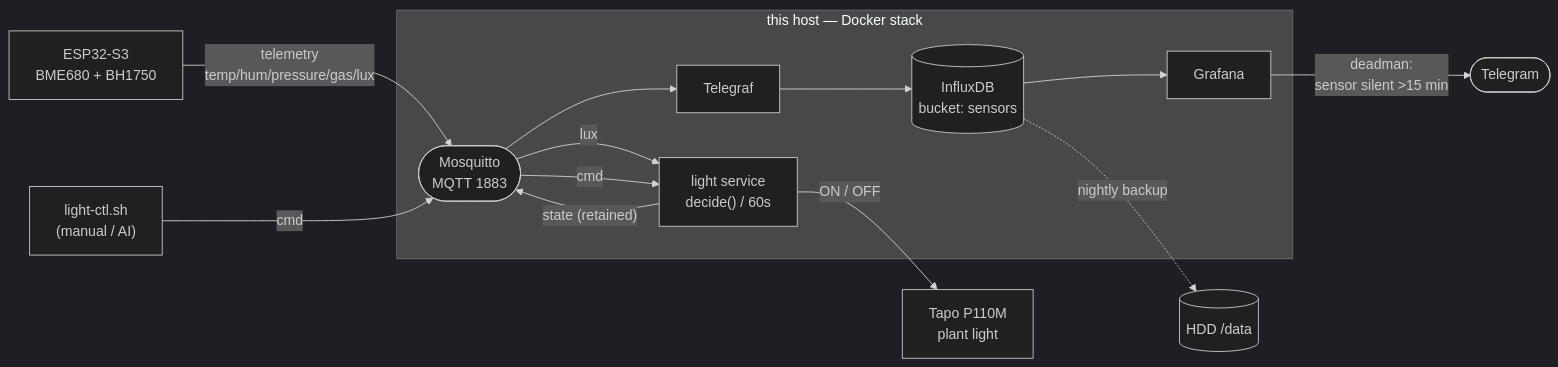
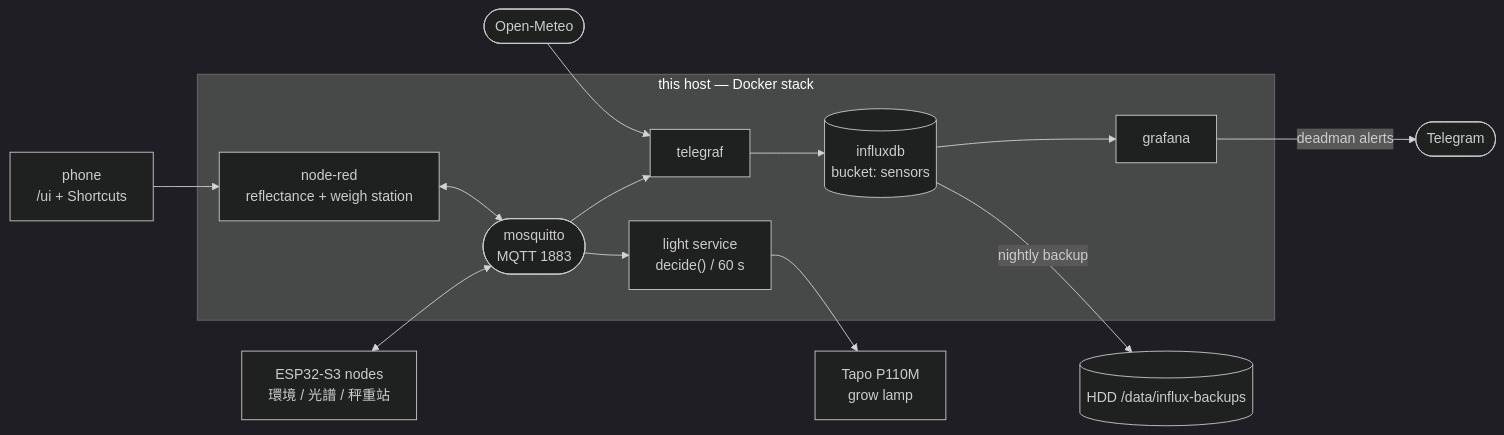
The diagram in broker/README.md (jiarung/growstack), drawn with Mermaid (dark theme) before and after one commit. The commit also changed other lines of this file and 5 other files, not shown here.

````diff
--- a/broker/README.md
+++ b/broker/README.md
@@ -5,27 +9,29 @@
 ```mermaid
 flowchart LR
-    esp["ESP32-S3<br/>BME680 + BH1750"]
+    devices["ESP32-S3 nodes<br/>環境 / 光譜 / 秤重站"]
+    phone["phone<br/>/ui + Shortcuts"]
 
     subgraph server["this host — Docker stack"]
-        mqtt(["Mosquitto<br/>MQTT 1883"])
-        tgf["Telegraf"]
-        influx[("InfluxDB<br/>bucket: sensors")]
-        graf["Grafana"]
-        light["light service<br/>decide() / 60s"]
+        mqtt(["mosquitto<br/>MQTT 1883"])
+        nr["node-red<br/>reflectance + weigh station"]
+        tgf["telegraf"]
+        influx[("influxdb<br/>bucket: sensors")]
+        graf["grafana"]
+        light["light service<br/>decide() / 60 s"]
     end
 
-    plug["Tapo P110M<br/>plant light"]
+    meteo(["Open-Meteo"])
+    plug["Tapo P110M<br/>grow lamp"]
     teleg(["Telegram"])
-    hdd[("HDD /data")]
-    ctl["light-ctl.sh<br/>(manual / AI)"]
+    hdd[("HDD /data/influx-backups")]
 
-    esp -- "telemetry<br/>temp/hum/pressure/gas/lux" --> mqtt
-    mqtt --> tgf --> influx --> graf
-    influx -. "nightly backup" .-> hdd
-    mqtt -- "lux" --> light
-    ctl -- "cmd" --> mqtt
-    mqtt -- "cmd" --> light
-    light -- "ON / OFF" --> plug
-    light -- "state (retained)" --> mqtt
-    graf -- "deadman:<br/>sensor silent >15 min" --> teleg
+    devices <--> mqtt
+    phone --> nr
+    nr <--> mqtt
+    mqtt --> tgf
+    meteo --> tgf
+    tgf --> influx --> graf
+    mqtt --> light --> plug
+    graf -- "deadman alerts" --> teleg
+    influx -- "nightly backup" --> hdd
 ```
````
